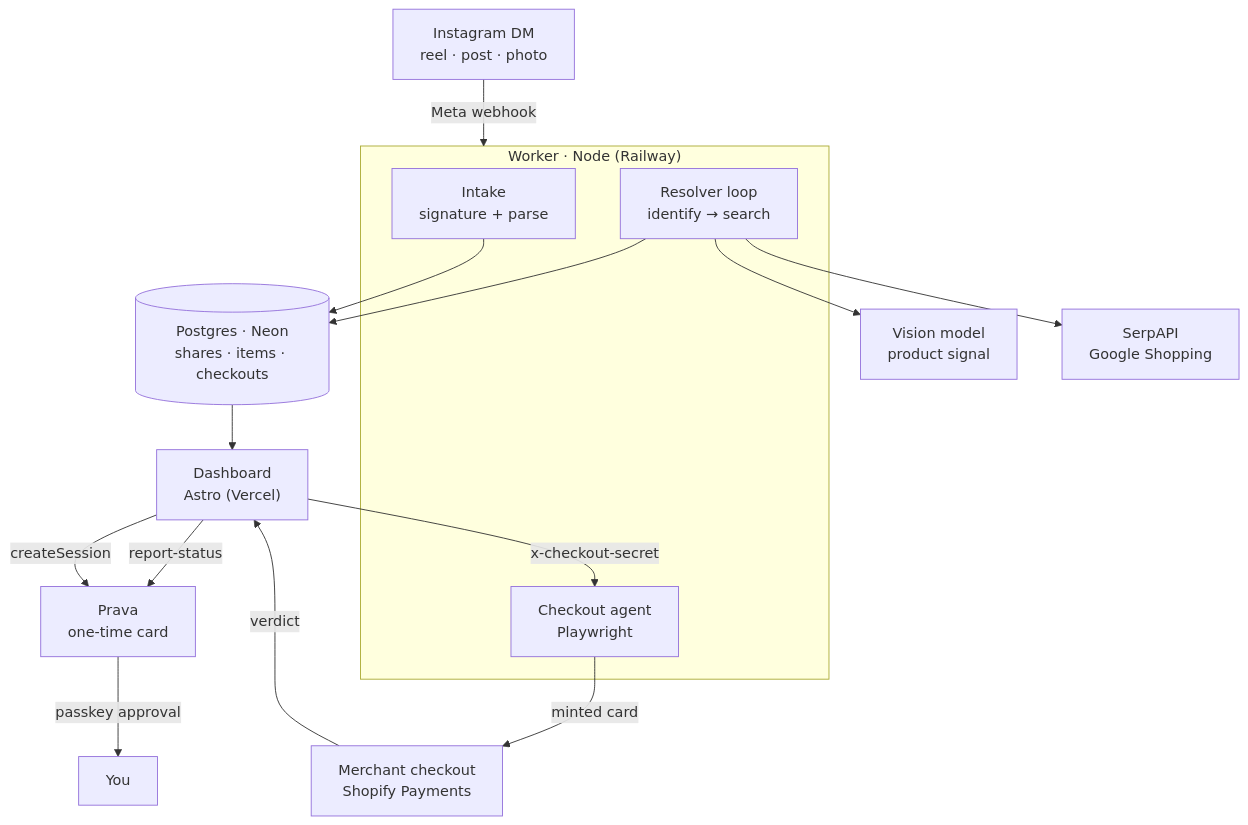
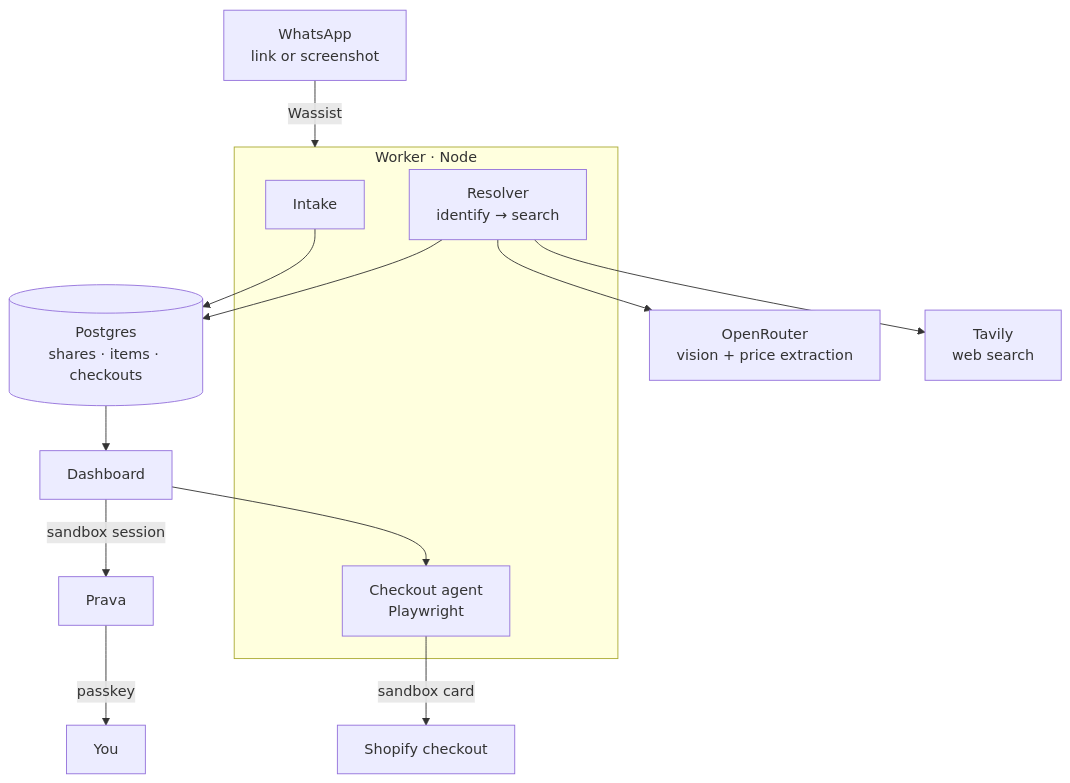
Before and after one commit to HohJD/Sendit: the diagram in README.md, drawn with Mermaid. The commit also changed other lines of this file and 7 other files, not shown here.

````diff
--- a/README.md
+++ b/README.md
@@ -69,23 +79,21 @@
 ```mermaid
 graph TD
-  IG["Instagram DM<br/>reel · post · photo"] -->|"Meta webhook"| WK
+  WA["WhatsApp<br/>link or screenshot"] -->|"Wassist"| WK
 
-  subgraph WK["Worker · Node (Railway)"]
-    IN["Intake<br/>signature + parse"]
-    RS["Resolver loop<br/>identify → search"]
+  subgraph WK["Worker · Node"]
+    IN["Intake"]
+    RS["Resolver<br/>identify → search"]
     EX["Checkout agent<br/>Playwright"]
   end
 
-  IN --> DB[("Postgres · Neon<br/>shares · items · checkouts")]
+  IN --> DB[("Postgres<br/>shares · items · checkouts")]
   RS --> DB
-  RS --> VLM["Vision model<br/>product signal"]
-  RS --> SP["SerpAPI<br/>Google Shopping"]
+  RS --> LLM["OpenRouter<br/>vision + price extraction"]
+  RS --> TV["Tavily<br/>web search"]
 
-  DB --> WEB["Dashboard<br/>Astro (Vercel)"]
-  WEB -->|"createSession"| PV["Prava<br/>one-time card"]
-  PV -->|"passkey approval"| USR["You"]
-  WEB -->|"x-checkout-secret"| EX
-  EX -->|"minted card"| MR["Merchant checkout<br/>Shopify Payments"]
-  MR -->|"verdict"| WEB
-  WEB -->|"report-status"| PV
+  DB --> WEB["Dashboard"]
+  WEB -->|"sandbox session"| PV["Prava"]
+  PV -->|"passkey"| USR["You"]
+  WEB --> EX
+  EX -->|"sandbox card"| MR["Shopify checkout"]
 ```
````
